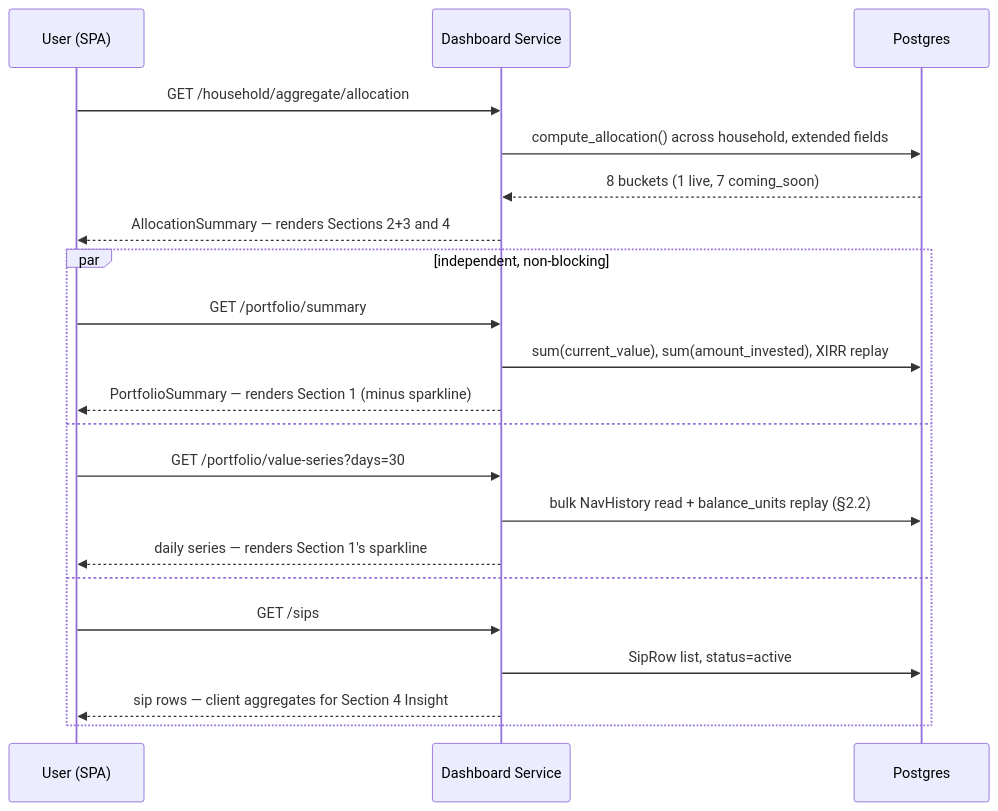
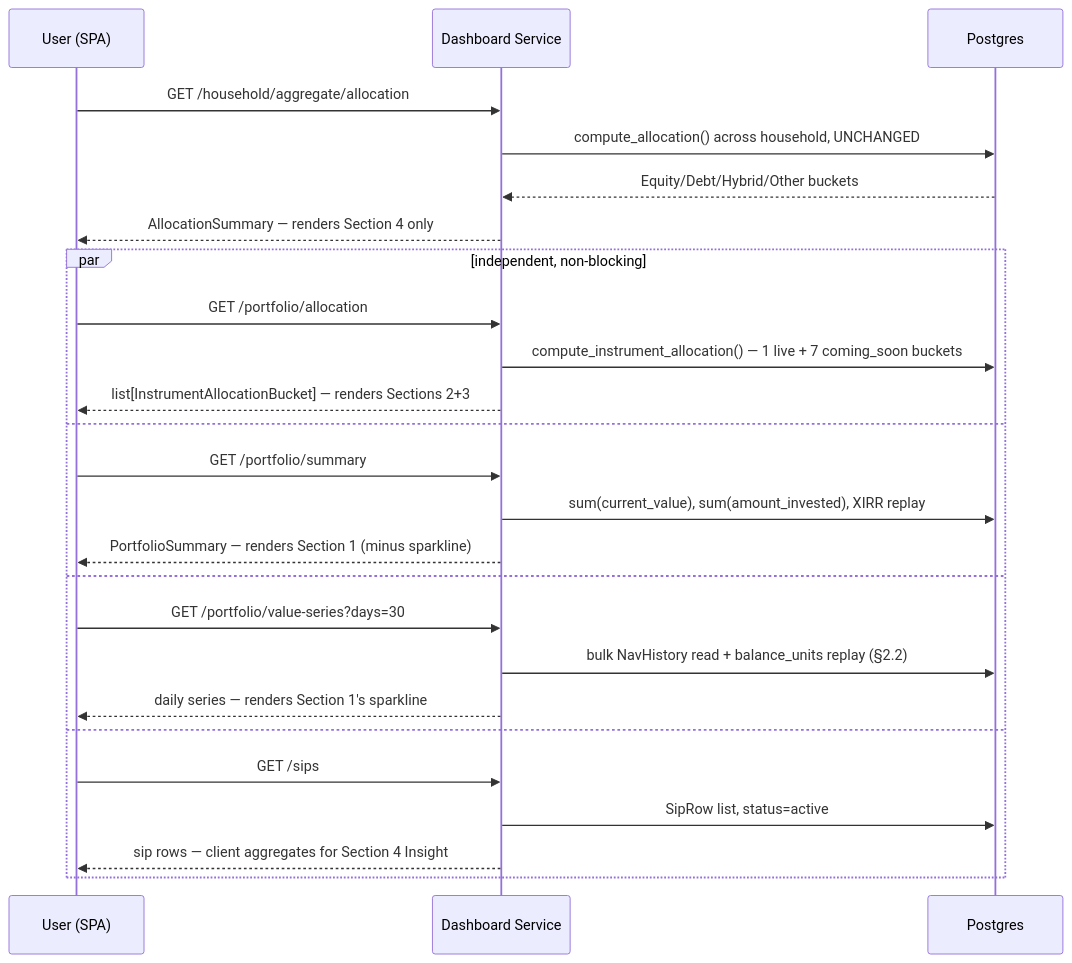
One commit to ayushkarnawat/MVP_V1_MF_only changed the first of 3 diagrams in Docs/orchestration/2026-10-23-portfolio-home-page-design.md. Above: the diagram before and after it, drawn with Mermaid. The commit also changed other lines of this file and 1 other file, not shown here.

First line of the commit message:
docs: write Portfolio home page implementation plan, fix allocation-taxonomy conflict

````diff
--- a/Docs/orchestration/2026-10-23-portfolio-home-page-design.md
+++ b/Docs/orchestration/2026-10-23-portfolio-home-page-design.md
@@ -270,25 +286,29 @@
 ```mermaid
 sequenceDiagram
     participant U as User (SPA)
     participant D as Dashboard Service
     participant DB as Postgres
 
     U->>D: GET /household/aggregate/allocation
-    D->>DB: compute_allocation() across household, extended fields
-    DB-->>D: 8 buckets (1 live, 7 coming_soon)
-    D-->>U: AllocationSummary — renders Sections 2+3 and 4
+    D->>DB: compute_allocation() across household, UNCHANGED
+    DB-->>D: Equity/Debt/Hybrid/Other buckets
+    D-->>U: AllocationSummary — renders Section 4 only
 
     par independent, non-blocking
+        U->>D: GET /portfolio/allocation
+        D->>DB: compute_instrument_allocation() — 1 live + 7 coming_soon buckets
+        D-->>U: list[InstrumentAllocationBucket] — renders Sections 2+3
+    and
         U->>D: GET /portfolio/summary
         D->>DB: sum(current_value), sum(amount_invested), XIRR replay
         D-->>U: PortfolioSummary — renders Section 1 (minus sparkline)
     and
         U->>D: GET /portfolio/value-series?days=30
         D->>DB: bulk NavHistory read + balance_units replay (§2.2)
         D-->>U: daily series — renders Section 1's sparkline
     and
         U->>D: GET /sips
         D->>DB: SipRow list, status=active
         D-->>U: sip rows — client aggregates for Section 4 Insight #5
     end
 ```
````
